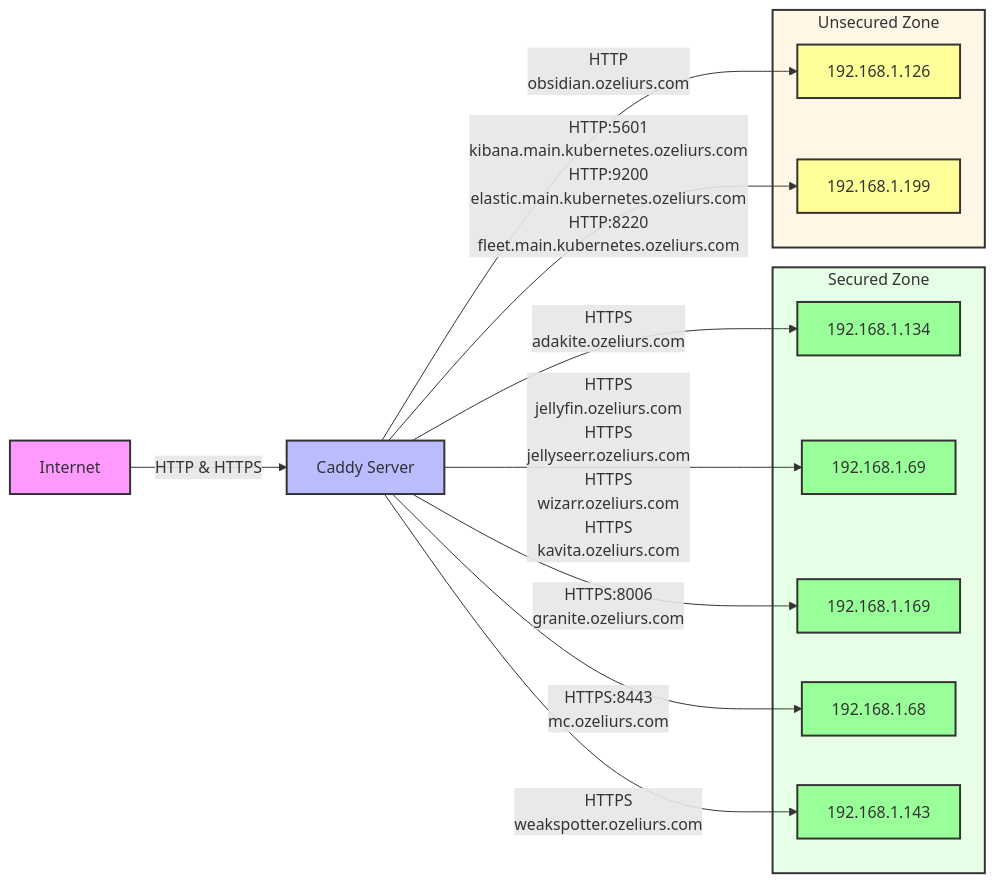
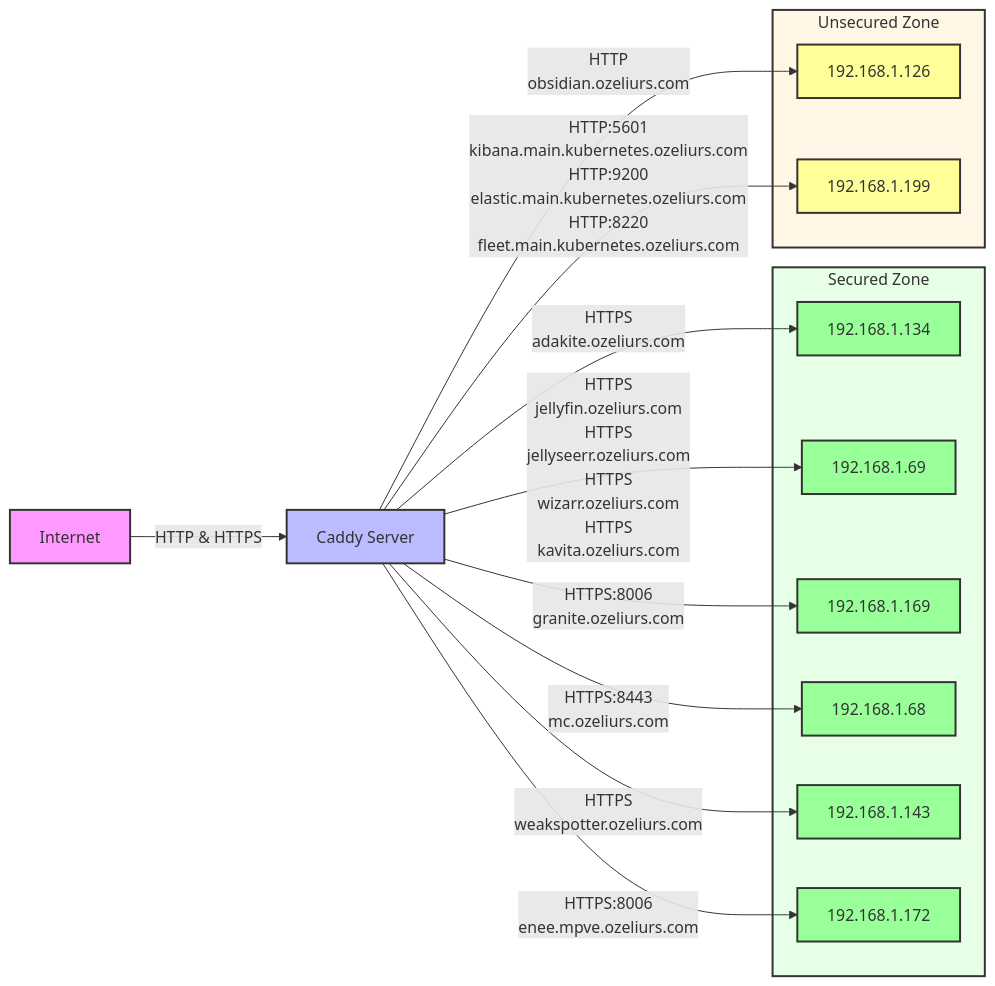
One commit to ozeliurs/dc-reverse-proxy-config changed the diagram in README.md. Above: the diagram before and after it, drawn with Mermaid. The commit also changed 1 other file, not shown here.

Commit message:
Generate and update Caddyfile, Mermaid diagram, and Dockerfile

````diff
--- a/README.md
+++ b/README.md
@@ -34,51 +34,54 @@
 ```mermaid
 graph LR
     %% Style definitions
     classDef internet fill:#f9f,stroke:#333,stroke-width:2px;
     classDef proxy fill:#bbf,stroke:#333,stroke-width:2px;
     classDef backend fill:#bfb,stroke:#333,stroke-width:2px;
     classDef secure fill:#9f9,stroke:#333,stroke-width:2px;
     classDef unsecure fill:#ff9,stroke:#333,stroke-width:2px;
 
     %% Nodes
     I[Internet]
     C[Caddy Server]
 
     %% Apply styles
     class I internet
     class C proxy
 
     %% Base connections
     I -->|HTTP & HTTPS| C
 
     %% Backend groups
     subgraph Secured[Secured Zone]
         style Secured fill:#e6ffe6,stroke:#333,stroke-width:2px
         S0[192.168.1.134]
         class S0 secure
         S1[192.168.1.69]
         class S1 secure
         S2[192.168.1.169]
         class S2 secure
         S3[192.168.1.68]
         class S3 secure
         S4[192.168.1.143]
         class S4 secure
+        S5[192.168.1.172]
+        class S5 secure
     end
 
     subgraph Unsecured[Unsecured Zone]
         style Unsecured fill:#fff6e6,stroke:#333,stroke-width:2px
         U0[192.168.1.126]
         class U0 unsecure
         U1[192.168.1.199]
         class U1 unsecure
     end
 
     C -->|HTTPS<br>adakite.ozeliurs.com| S0
     C -->|HTTPS<br>jellyfin.ozeliurs.com<br>HTTPS<br>jellyseerr.ozeliurs.com<br>HTTPS<br>wizarr.ozeliurs.com<br>HTTPS<br>kavita.ozeliurs.com| S1
     C -->|HTTPS:8006<br>granite.ozeliurs.com| S2
     C -->|HTTPS:8443<br>mc.ozeliurs.com| S3
     C -->|HTTP<br>obsidian.ozeliurs.com| U0
     C -->|HTTPS<br>weakspotter.ozeliurs.com| S4
     C -->|HTTP:5601<br>kibana.main.kubernetes.ozeliurs.com<br>HTTP:9200<br>elastic.main.kubernetes.ozeliurs.com<br>HTTP:8220<br>fleet.main.kubernetes.ozeliurs.com| U1
+    C -->|HTTPS:8006<br>enee.mpve.ozeliurs.com| S5
 ```
````
